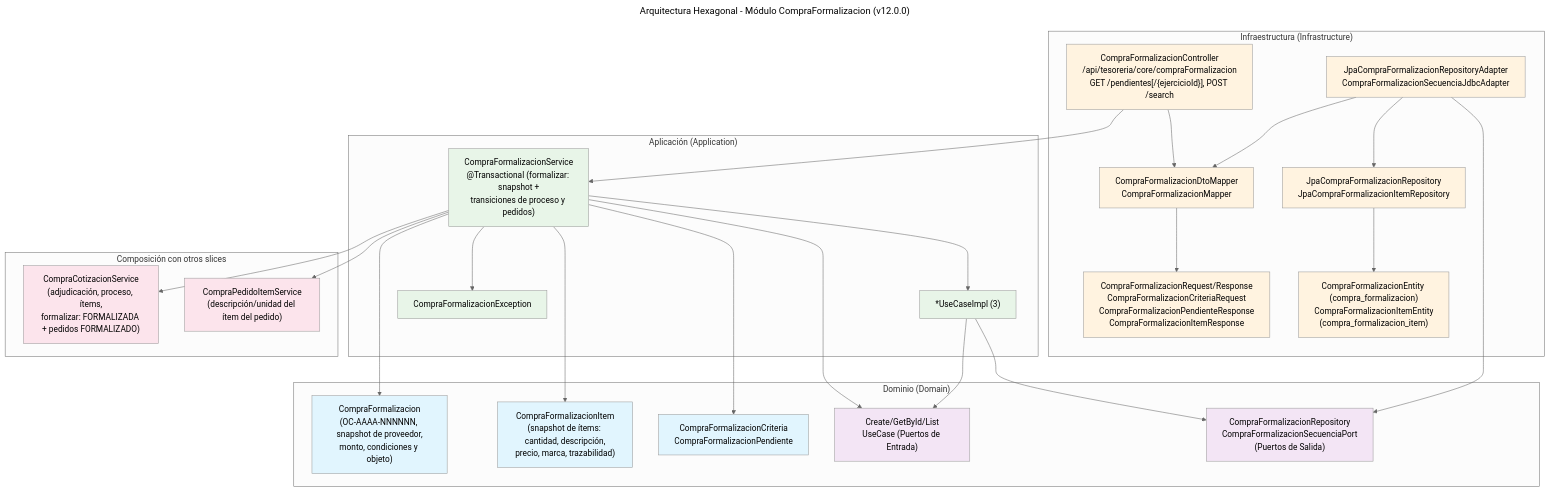
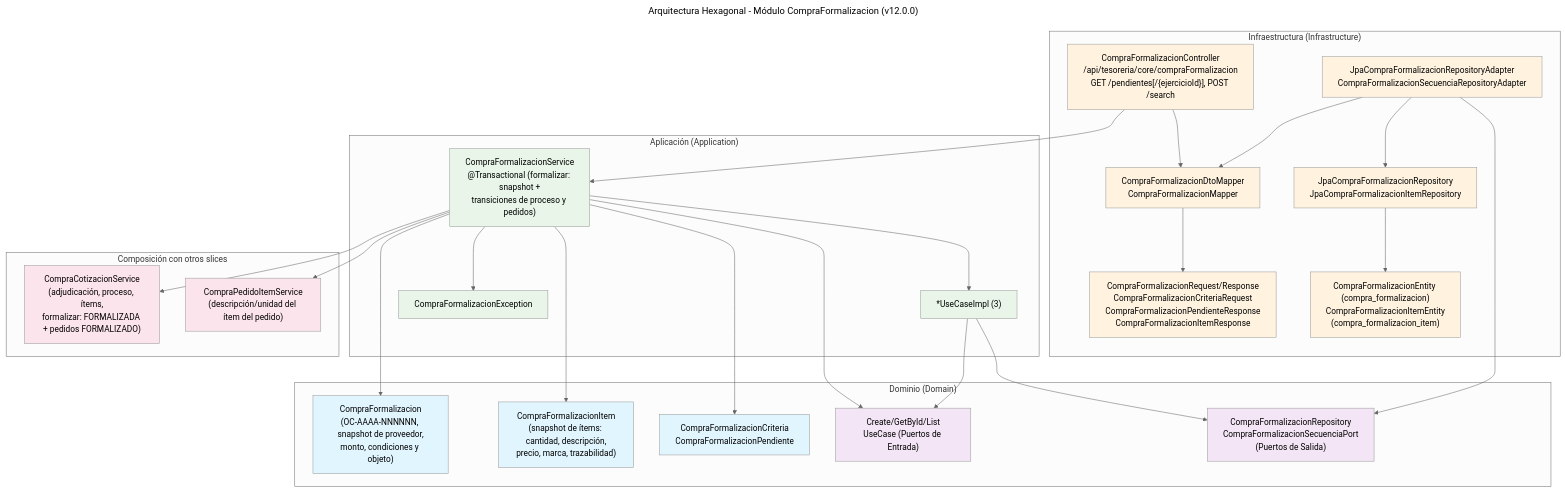
The diagram in docs/hexagonal-compraFormalizacion.mmd (UM-services/UM.tesoreria.core-service), drawn with Mermaid (neutral theme) before and after one commit. The commit also changed 78 other files, not shown here.

First line of the commit message:
refactor(hexagonal): migrar adaptadores JDBC a JPA

```diff
--- a/docs/hexagonal-compraFormalizacion.mmd
+++ b/docs/hexagonal-compraFormalizacion.mmd
@@ -1,66 +1,66 @@
 ---
 title: Arquitectura Hexagonal - Módulo CompraFormalizacion (v12.0.0)
 ---
 flowchart TD
     subgraph Dominio ["Dominio (Domain)"]
         M["CompraFormalizacion<br/>(OC-AAAA-NNNNNN, snapshot de proveedor,<br/>monto, condiciones y objeto)"]
         M2["CompraFormalizacionItem<br/>(snapshot de ítems: cantidad, descripción,<br/>precio, marca, trazabilidad)"]
         M3["CompraFormalizacionCriteria<br/>CompraFormalizacionPendiente"]
         IN["Create/GetById/List<br/>UseCase (Puertos de Entrada)"]
         OUT["CompraFormalizacionRepository<br/>CompraFormalizacionSecuenciaPort<br/>(Puertos de Salida)"]
     end
 
     subgraph Aplicacion ["Aplicación (Application)"]
         Svc["CompraFormalizacionService<br/>@Transactional (formalizar: snapshot +<br/>transiciones de proceso y pedidos)"]
         UCs["*UseCaseImpl (3)"]
         Exc["CompraFormalizacionException"]
     end
 
     subgraph Infraestructura ["Infraestructura (Infrastructure)"]
         Ctrl["CompraFormalizacionController<br/>/api/tesoreria/core/compraFormalizacion<br/>GET /pendientes[/{ejercicioId}], POST /search"]
         DTO["CompraFormalizacionRequest/Response<br/>CompraFormalizacionCriteriaRequest<br/>CompraFormalizacionPendienteResponse<br/>CompraFormalizacionItemResponse"]
         Map["CompraFormalizacionDtoMapper<br/>CompraFormalizacionMapper"]
-        Adp["JpaCompraFormalizacionRepositoryAdapter<br/>CompraFormalizacionSecuenciaJdbcAdapter"]
+        Adp["JpaCompraFormalizacionRepositoryAdapter<br/>CompraFormalizacionSecuenciaRepositoryAdapter"]
         Ent["CompraFormalizacionEntity (compra_formalizacion)<br/>CompraFormalizacionItemEntity<br/>(compra_formalizacion_item)"]
         Jpa["JpaCompraFormalizacionRepository<br/>JpaCompraFormalizacionItemRepository"]
     end
 
     subgraph CrossSlice ["Composición con otros slices"]
         Cot["CompraCotizacionService<br/>(adjudicación, proceso, ítems,<br/>formalizar: FORMALIZADA + pedidos FORMALIZADO)"]
         Item["CompraPedidoItemService<br/>(descripción/unidad del ítem del pedido)"]
     end
 
     Ctrl --> Svc
     Ctrl --> Map
     Map --> DTO
     Svc --> IN
     Svc --> UCs
     Svc --> Exc
     Svc --> Cot
     Svc --> Item
     Svc --> M
     Svc --> M2
     Svc --> M3
     UCs --> IN
     UCs --> OUT
     Adp --> OUT
     Adp --> Map
     Adp --> Jpa
     Jpa --> Ent
 
     style M fill:#e1f5fe
     style M2 fill:#e1f5fe
     style M3 fill:#e1f5fe
     style IN fill:#f3e5f5
     style OUT fill:#f3e5f5
     style Svc fill:#e8f5e8
     style UCs fill:#e8f5e8
     style Exc fill:#e8f5e8
     style Ctrl fill:#fff3e0
     style DTO fill:#fff3e0
     style Map fill:#fff3e0
     style Adp fill:#fff3e0
     style Ent fill:#fff3e0
     style Jpa fill:#fff3e0
     style Cot fill:#fce4ec
     style Item fill:#fce4ec
```
